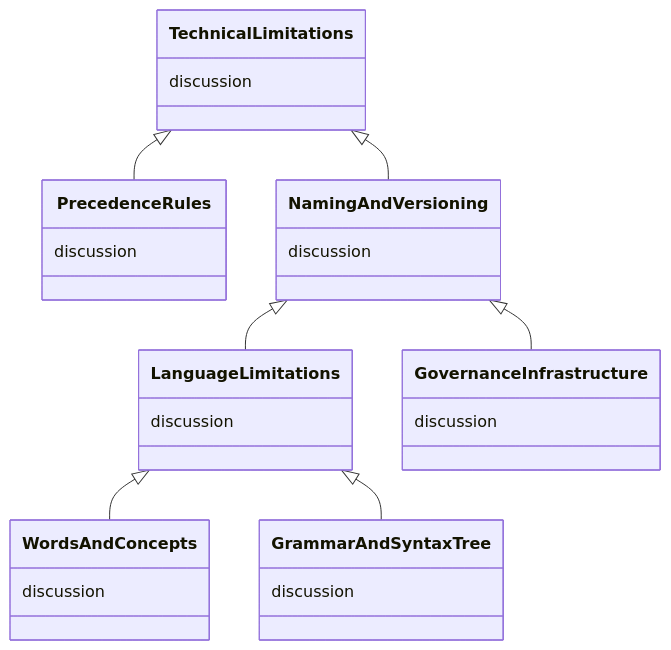
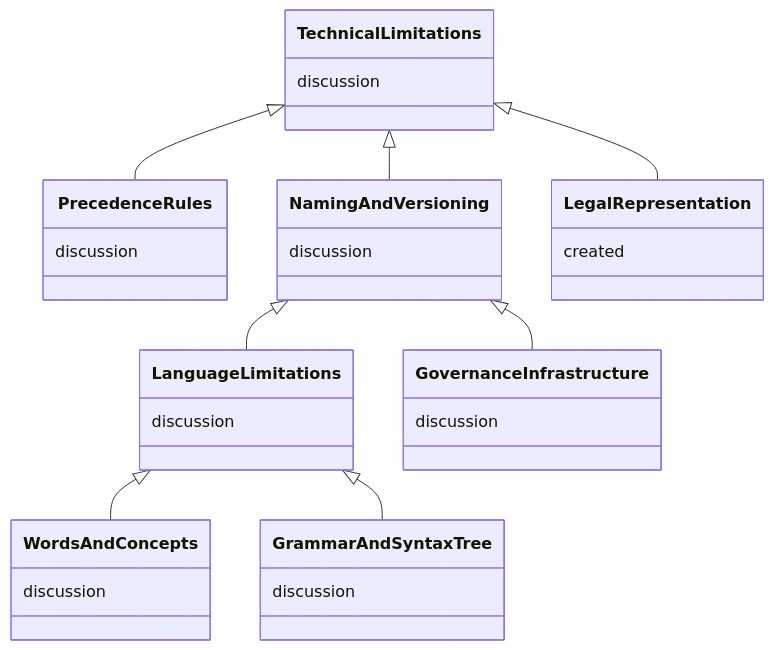
One commit to the-laurel/chain-proposals changed the second of 6 diagrams in evmos/PrecedenceGraph.md. Above: the diagram before and after it, drawn with Mermaid. The commit also changed other lines of this file, not shown here.

````diff
--- a/evmos/PrecedenceGraph.md
+++ b/evmos/PrecedenceGraph.md
@@ -20,48 +20,53 @@
 ```mermaid
 
 classDiagram
  class  Grammar And Syntax Tree {
   discussion
  }
  link Grammar And Syntax Tree "https://commonwealth.im/evmos/discussion/6690-metameta-english-grammar-and-syntax-tree" 
  
  class  Words And Concepts {
   discussion
  }
  link Words And Concepts "https://commonwealth.im/evmos/discussion/6610-metameta-consensus-on-words-and-concepts" 
 
  class  Language Limitations {
   discussion
  }
  link Language Limitations "https://commonwealth.im/evmos/discussion/6690-metameta-english-grammar-and-syntax-tree" 
  
 class  Precedence Rules {
   discussion
  }
  link Precedence Rules "https://commonwealth.im/evmos/discussion/6711-metameta-precedence-rules" 
  
 class Governance Infrastructure {
   discussion
 }
 link Governance Infrastructure "https://commonwealth.im/evmos/discussion/6708-metameta-governance-infrastructure" 
 
 class Naming And Versioning {
   discussion
 }
 link Naming And Versioning "https://commonwealth.im/evmos/discussion/6710-metameta-naming-and-versioning" 
 
+class Legal Representation {
+  created
+}
+link Legal Representation "https://github.com/the-laurel/chain-proposals/blob/main/evmos/LegalRepresentation.md" 
+
 class Technical Limitations {
   discussion
 }
 link Technical Limitations "https://commonwealth.im/evmos/discussion/6712-metameta-basic-rules" 
 
 
 Language Limitations <|-- Words And Concepts
 Language Limitations <|-- Grammar And Syntax Tree
 Naming And Versioning <|-- Language Limitations
 Naming And Versioning <|-- Governance Infrastructure
 Technical Limitations <|-- Naming And Versioning
 Technical Limitations <|-- Precedence Rules
-
+Technical Limitations <|-- Legal Representation
 
 ```
````
